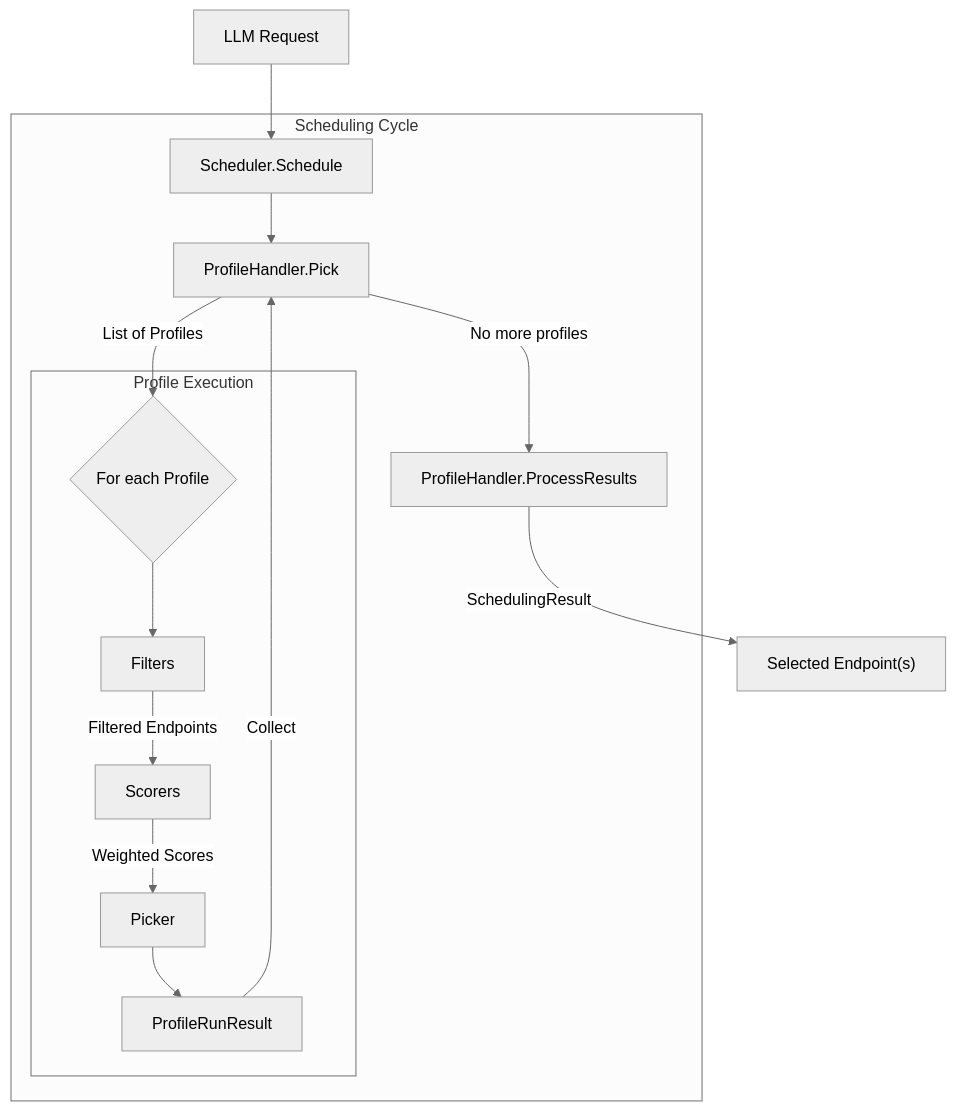
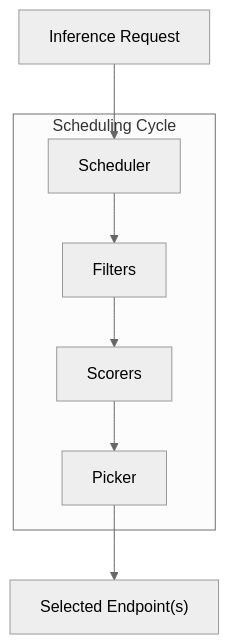
One commit to ahg-g/llm-d changed the diagram in docs/wip-docs-new/architecture/core/epp/scheduling.md. Above: the diagram before and after it, drawn with Mermaid (neutral theme). The commit also changed other lines of this file, not shown here.

Commit message:
addressed comments

````diff
--- a/docs/wip-docs-new/architecture/core/epp/scheduling.md
+++ b/docs/wip-docs-new/architecture/core/epp/scheduling.md
@@ -9,21 +9,12 @@
 ```mermaid
 flowchart TD
-    Req[LLM Request] --> S[Scheduler.Schedule]
+    Req[Inference Request] --> S[Scheduler]
     
     subgraph Scheduling Cycle
-        S --> Pick[ProfileHandler.Pick]
-        Pick -->|List of Profiles| Loop{For each Profile}
-        
-        subgraph Profile Execution
-            Loop --> Filters[Filters]
-            Filters -->|Filtered Endpoints| Scorers[Scorers]
-            Scorers -->|Weighted Scores| Picker[Picker]
-            Picker --> Result[ProfileRunResult]
-        end
-        
-        Result -->|Collect| Pick
-        Pick -->|No more profiles| PRs[ProfileHandler.ProcessResults]
+        S --> Filter[Filters]
+        Filter --> Score[Scorers]
+        Score --> Pick[Picker]
     end
     
-    PRs -->|SchedulingResult| Target["Selected Endpoint(s)"]
+    Pick --> Target["Selected Endpoint(s)"]
 ```
````
